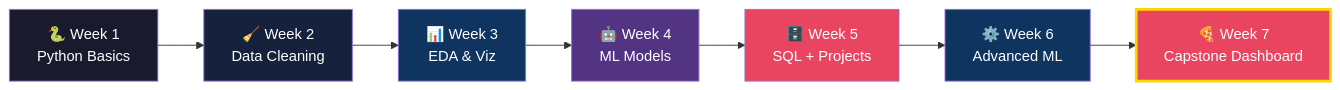
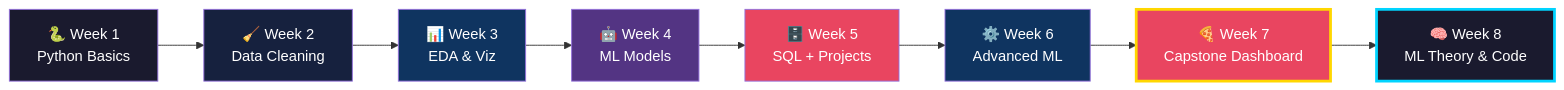
The diagram in README.md (AnanyaMangaj/Internship-Tasks), drawn with Mermaid before and after one commit. The commit also changed other lines of this file, not shown here.

````diff
--- a/README.md
+++ b/README.md
@@ -42,17 +48,19 @@
 ```mermaid
 graph LR
     A[🐍 Week 1\nPython Basics] --> B[🧹 Week 2\nData Cleaning]
     B --> C[📊 Week 3\nEDA & Viz]
     C --> D[🤖 Week 4\nML Models]
     D --> E[🗄️ Week 5\nSQL + Projects]
     E --> F[⚙️ Week 6\nAdvanced ML]
     F --> G[🍕 Week 7\nCapstone Dashboard]
+    G --> H[🧠 Week 8\nML Theory & Code]
 
     style A fill:#1a1a2e,color:#fff
     style B fill:#16213e,color:#fff
     style C fill:#0f3460,color:#fff
     style D fill:#533483,color:#fff
     style E fill:#e94560,color:#fff
     style F fill:#0f3460,color:#fff
     style G fill:#e94560,color:#fff,stroke:#FFD700,stroke-width:3px
+    style H fill:#1a1a2e,color:#fff,stroke:#00D4FF,stroke-width:3px
 ```
````
